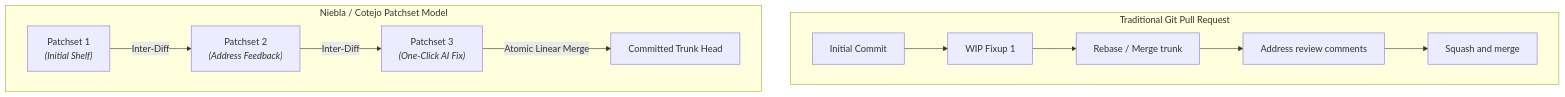
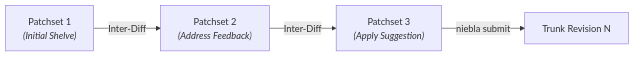
Before and after one commit to mrtnzjsh/niebla: the first of 2 diagrams in docs-site/src/content/docs/cotejo/overview.md, drawn with Mermaid. The commit also changed other lines of this file and 40 other files, not shown here.

````diff
--- a/docs-site/src/content/docs/cotejo/overview.md
+++ b/docs-site/src/content/docs/cotejo/overview.md
@@ -26,18 +26,6 @@
 ```mermaid
-flowchart TD
-    subgraph GitModel["Traditional Git Pull Request"]
-        C1["Initial Commit"] --> C2["WIP Fixup 1"]
-        C2 --> C3["Rebase / Merge trunk"]
-        C3 --> C4["Address review comments"]
-        C4 --> C5["Squash and merge"]
-    end
-
-    subgraph CotejoModel["Niebla / Cotejo Patchset Model"]
-        P1["Patchset 1<br/><i>(Initial Shelf)</i>"]
-        P2["Patchset 2<br/><i>(Address Feedback)</i>"]
-        P3["Patchset 3<br/><i>(One-Click AI Fix)</i>"]
-        P1 -->|"Inter-Diff"| P2
-        P2 -->|"Inter-Diff"| P3
-        P3 -->|"Atomic Linear Merge"| Trunk["Committed Trunk Head"]
-    end
+flowchart LR
+    P1["Patchset 1<br/><i>(Initial Shelve)</i>"] -->|"Inter-Diff"| P2["Patchset 2<br/><i>(Address Feedback)</i>"]
+    P2 -->|"Inter-Diff"| P3["Patchset 3<br/><i>(Apply Suggestion)</i>"]
+    P3 -->|"niebla submit"| Trunk["Trunk Revision N"]
 ```
````
